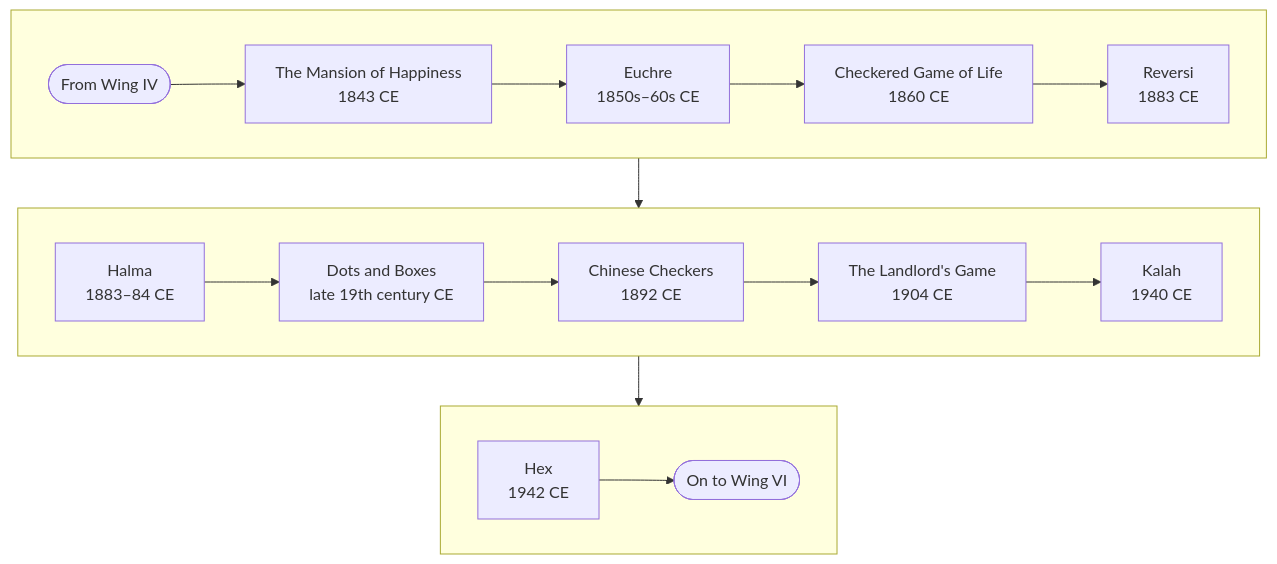
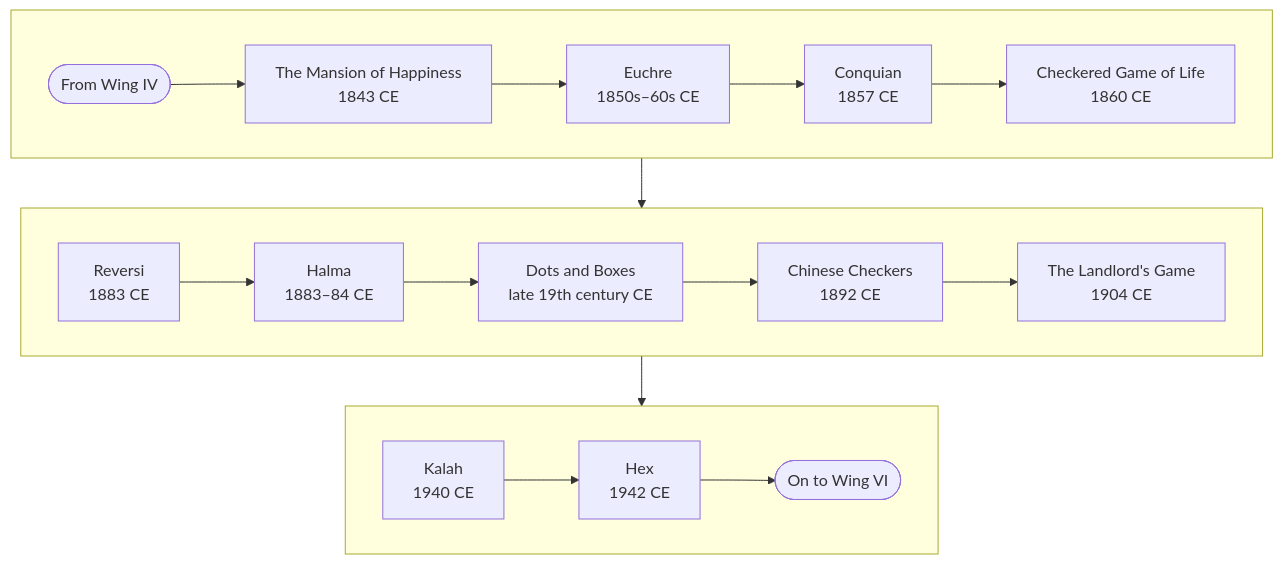
The eighth of 9 diagrams in docs/games/README.md (CptNope/Librarium-Archives), drawn with Mermaid before and after one commit. The commit also changed other lines of this file and 47 other files, not shown here.

````diff
--- a/docs/games/README.md
+++ b/docs/games/README.md
@@ -365,17 +378,17 @@
 ```mermaid
 flowchart TB
     subgraph r0[" "]
         direction LR
-        in(["From Wing IV"]) --> mansion["The Mansion of Happiness<br/>1843 CE"] --> euchre["Euchre<br/>1850s–60s CE"] --> lifegame["Checkered Game of Life<br/>1860 CE"] --> reversi["Reversi<br/>1883 CE"]
+        in(["From Wing IV"]) --> mansion["The Mansion of Happiness<br/>1843 CE"] --> euchre["Euchre<br/>1850s–60s CE"] --> conquian["Conquian<br/>1857 CE"] --> lifegame["Checkered Game of Life<br/>1860 CE"]
     end
     subgraph r1[" "]
         direction LR
-        halma["Halma<br/>1883–84 CE"] --> dotsboxes["Dots and Boxes<br/>late 19th century CE"] --> chinese["Chinese Checkers<br/>1892 CE"] --> landlord["The Landlord's Game<br/>1904 CE"] --> kalah["Kalah<br/>1940 CE"]
+        reversi["Reversi<br/>1883 CE"] --> halma["Halma<br/>1883–84 CE"] --> dotsboxes["Dots and Boxes<br/>late 19th century CE"] --> chinese["Chinese Checkers<br/>1892 CE"] --> landlord["The Landlord's Game<br/>1904 CE"]
     end
     subgraph r2[" "]
         direction LR
-        hex["Hex<br/>1942 CE"] --> out(["On to Wing VI"])
+        kalah["Kalah<br/>1940 CE"] --> hex["Hex<br/>1942 CE"] --> out(["On to Wing VI"])
     end
     r0 --> r1
     r1 --> r2
 ```
````
